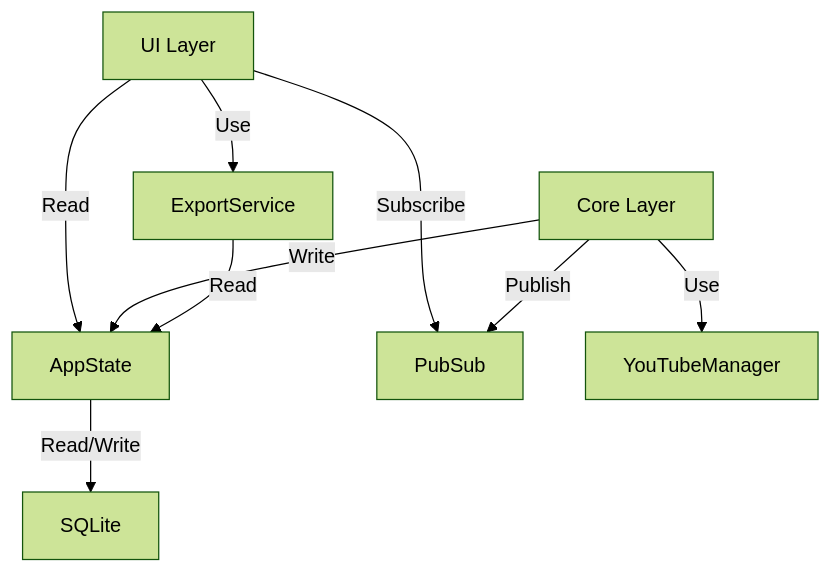
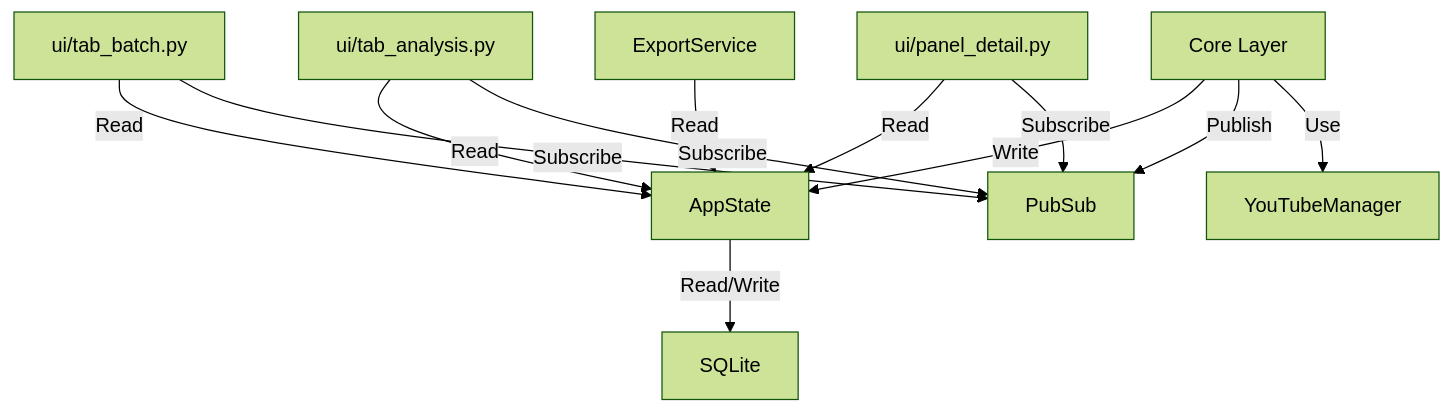
One commit to GuilhermeFerreira42/contextflow changed the diagram in docs/blueprint/ARCHITECTURE.md. Above: the diagram before and after it, drawn with Mermaid (forest theme). The commit also changed other lines of this file and 32 other files, not shown here.

````diff
--- a/docs/blueprint/ARCHITECTURE.md
+++ b/docs/blueprint/ARCHITECTURE.md
@@ -28,14 +40,18 @@
 ```mermaid
 graph TD
-    UI[UI Layer] -->|Read| AppState
-    UI -->|Subscribe| PubSub
-    UI -->|Use| ExportService
+    TabBatch[ui/tab_batch.py] -->|Read| AppState
+    TabAnalysis[ui/tab_analysis.py] -->|Read| AppState
+    TabDetail[ui/panel_detail.py] -->|Read| AppState
+    
+    TabBatch -->|Subscribe| PubSub
+    TabAnalysis -->|Subscribe| PubSub
+    TabDetail -->|Subscribe| PubSub
     
     Processor[Core Layer] -->|Write| AppState
     Processor -->|Publish| PubSub
     Processor -->|Use| YouTubeManager
     
     ExportService -->|Read| AppState
     
     AppState -->|Read/Write| DB[SQLite]
 ```
````
